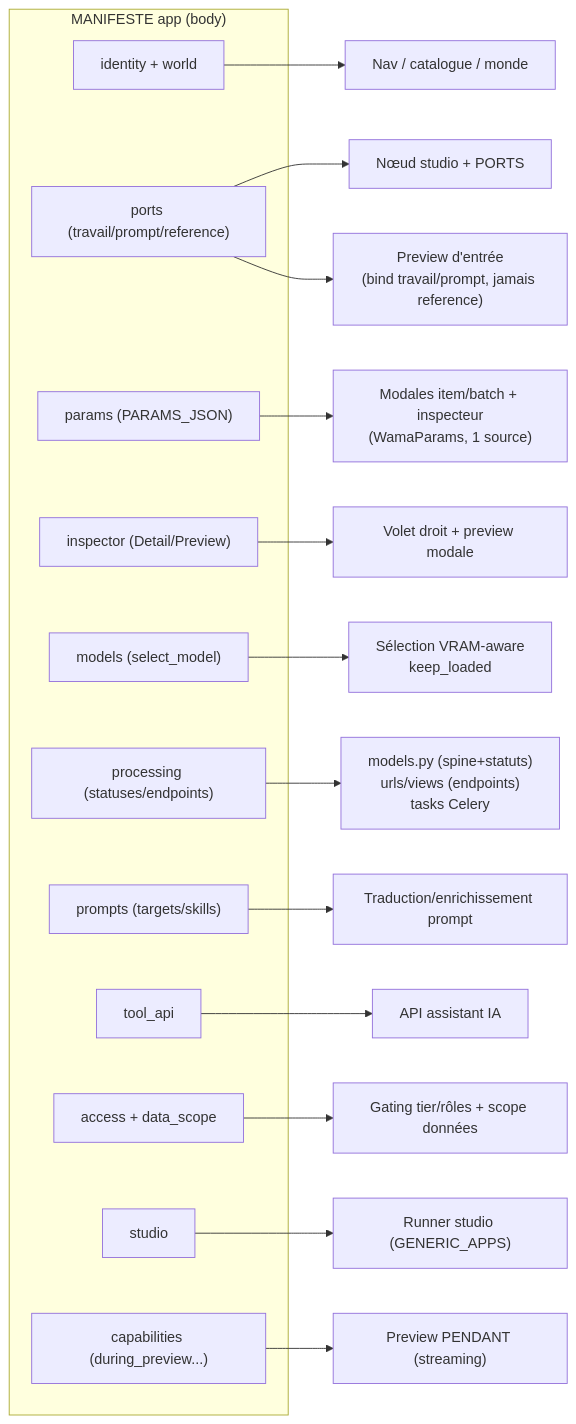
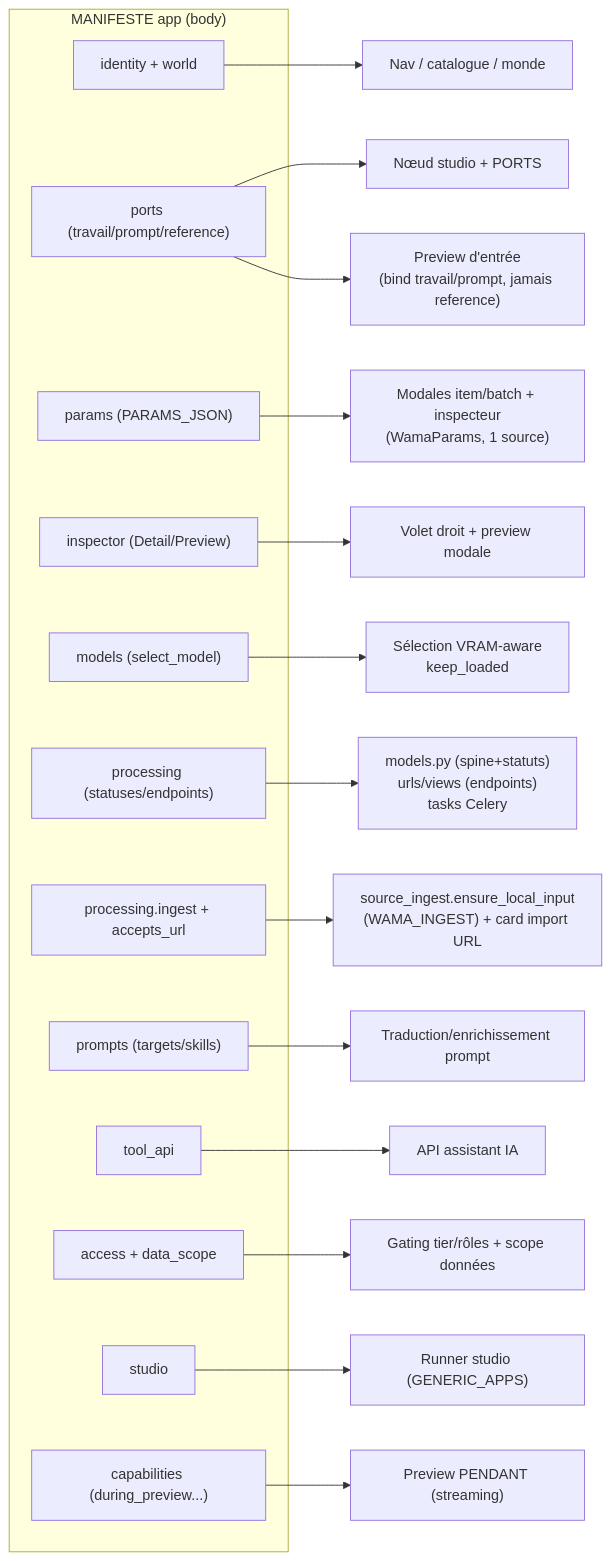
One commit to fmoreau69/wama changed the third of 5 diagrams in WAMA_MANIFEST_ARCHITECTURE.md. Above: the diagram before and after it, drawn with Mermaid. The commit also changed 2 other files, not shown here.

Commit message:
docs(manifest): ARCHITECTURE carte facette+ingest/accepts_url + archive audit predecesseur
- WAMA_MANIFEST_ARCHITECTURE §3 : ajoute F5 processing.ingest + accepts_url a la carte facette->mecanisme
  (-> source_ingest.ensure_local_input/WAMA_INGEST + card import URL). Le seul .md manifeste en retard sur
  le media-ingest est desormais aligne (chainage manifeste<->mecanismes complet).
- AUDIT_ROUTE_COMMUNE_2026-07-06.md (predecesseur route manifeste->app) archive dans docs/archive/ ;
  WAMA_APP_GENERATION_ROUTE le remplace (renvoi §12). Regle 1 domaine=1 doc respectee.

````diff
--- a/WAMA_MANIFEST_ARCHITECTURE.md
+++ b/WAMA_MANIFEST_ARCHITECTURE.md
@@ -92,29 +92,31 @@
 ```mermaid
 flowchart LR
     subgraph MAN["MANIFESTE app (body)"]
         f1["identity + world"]
         f2["ports (travail/prompt/reference)"]
         f3["params (PARAMS_JSON)"]
         f3b["inspector (Detail/Preview)"]
         f4["models (select_model)"]
         f5["processing (statuses/endpoints)"]
+        f5b["processing.ingest + accepts_url"]
         f6["prompts (targets/skills)"]
         f6b["tool_api"]
         f7["access + data_scope"]
         f8["studio"]
         f2c["capabilities (during_preview...)"]
     end
 
     f1 --> u1["Nav / catalogue / monde"]
     f2 --> u2["Nœud studio + PORTS"]
     f2 --> u2b["Preview d'entrée<br/>(bind travail/prompt, jamais reference)"]
     f2c --> u2c["Preview PENDANT (streaming)"]
     f3 --> u3["Modales item/batch + inspecteur<br/>(WamaParams, 1 source)"]
     f3b --> u3b["Volet droit + preview modale"]
     f4 --> u4["Sélection VRAM-aware<br/>keep_loaded"]
     f5 --> u5["models.py (spine+statuts)<br/>urls/views (endpoints)<br/>tasks Celery"]
+    f5b --> u5b["source_ingest.ensure_local_input<br/>(WAMA_INGEST) + card import URL"]
     f6 --> u6["Traduction/enrichissement prompt"]
     f6b --> u6b["API assistant IA"]
     f7 --> u7["Gating tier/rôles + scope données"]
     f8 --> u8["Runner studio (GENERIC_APPS)"]
 ```
````
